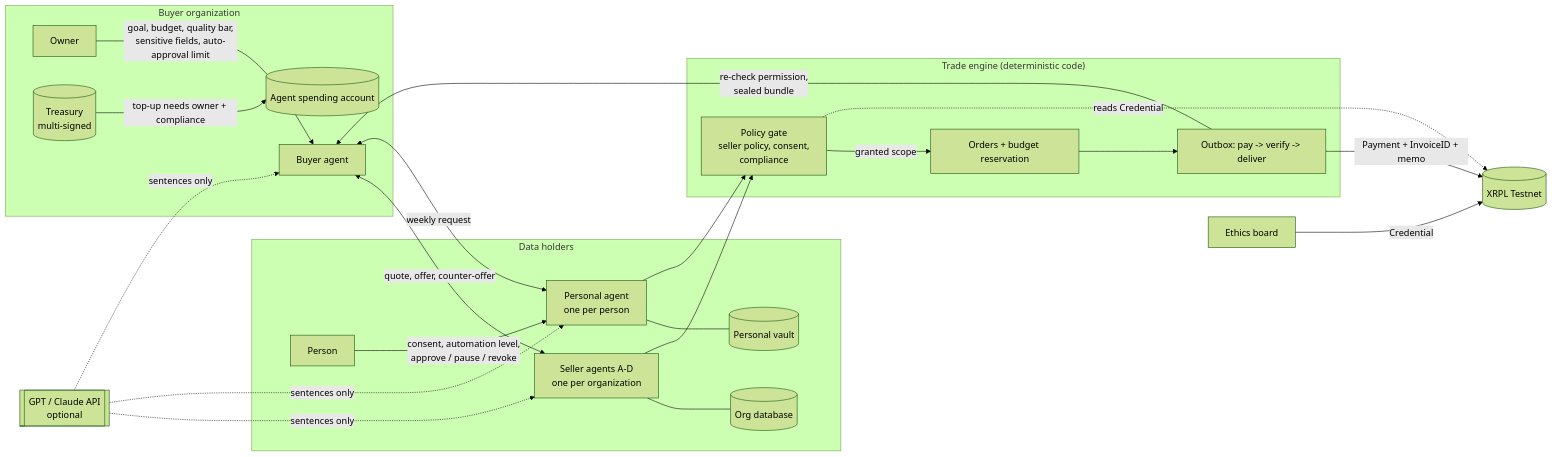
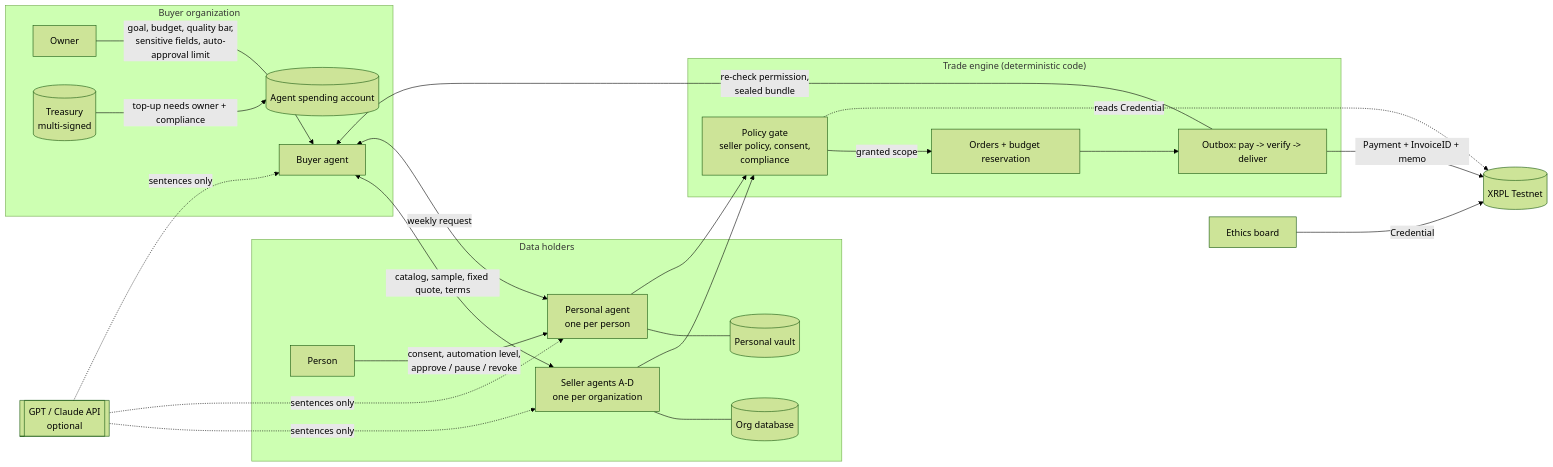
The diagram in README.md (SportiQue-inc/xrpl-hackathon-nyc-2026), drawn with Mermaid (forest theme) before and after one commit. The commit also changed other lines of this file and 9 other files, not shown here.

````diff
--- a/README.md
+++ b/README.md
@@ -25,27 +25,27 @@
 ```mermaid
 flowchart LR
   subgraph Buyer["Buyer organization"]
     BH[Owner] -->|goal, budget, quality bar,<br/>sensitive fields, auto-approval limit| BA[Buyer agent]
     BT[(Treasury<br/>multi-signed)] -->|top-up needs owner + compliance| BW[(Agent spending account)]
   end
   subgraph Holders["Data holders"]
     SA[Seller agents A-D<br/>one per organization] --- SC[(Org database)]
     PA[Personal agent<br/>one per person] --- PV[(Personal vault)]
     PH[Person] -->|consent, automation level,<br/>approve / pause / revoke| PA
   end
   subgraph Engine["Trade engine (deterministic code)"]
     POL[Policy gate<br/>seller policy, consent,<br/>compliance]
     ORD[Orders + budget reservation]
     OB[Outbox: pay -> verify -> deliver]
   end
-  BA <-->|quote, offer, counter-offer| SA
+  BA <-->|catalog, sample, fixed quote, terms| SA
   BA <-->|weekly request| PA
   SA --> POL
   PA --> POL
   POL -->|granted scope| ORD --> OB
   OB -->|Payment + InvoiceID + memo| XRPL[(XRPL Testnet)]
   OB -->|re-check permission,<br/>sealed bundle| BA
   ETH[Ethics board] -->|Credential| XRPL
   POL -.->|reads Credential| XRPL
   LLM[[GPT / Claude API<br/>optional]] -.->|sentences only| BA & SA & PA
 ```
````
